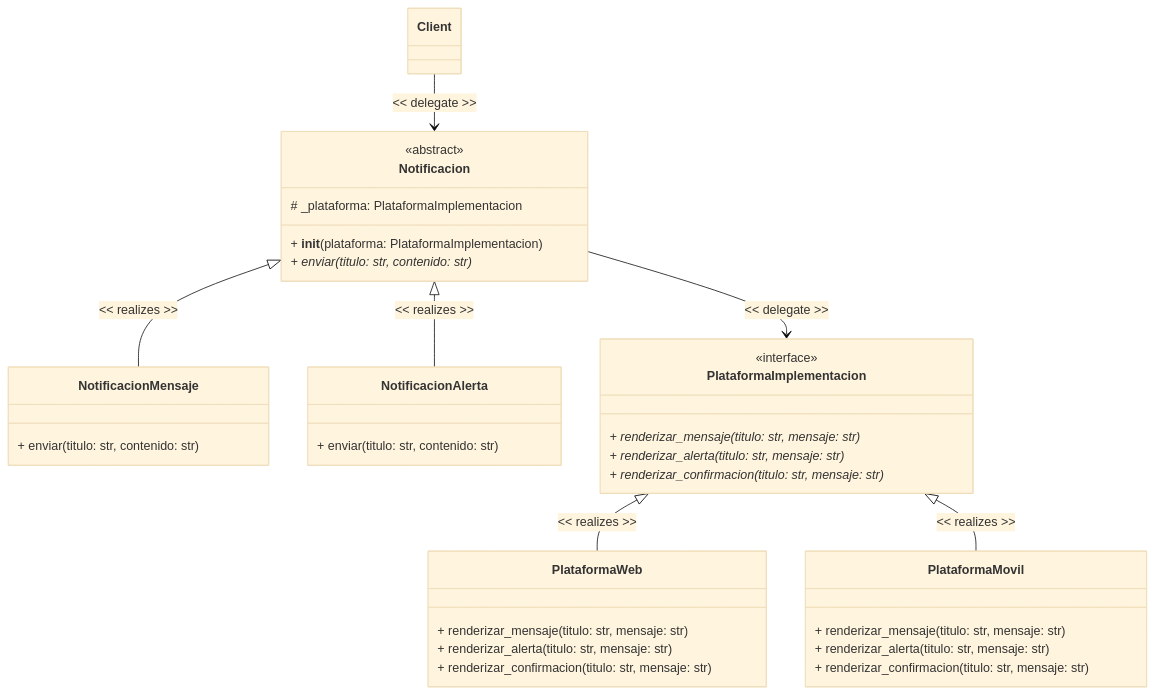
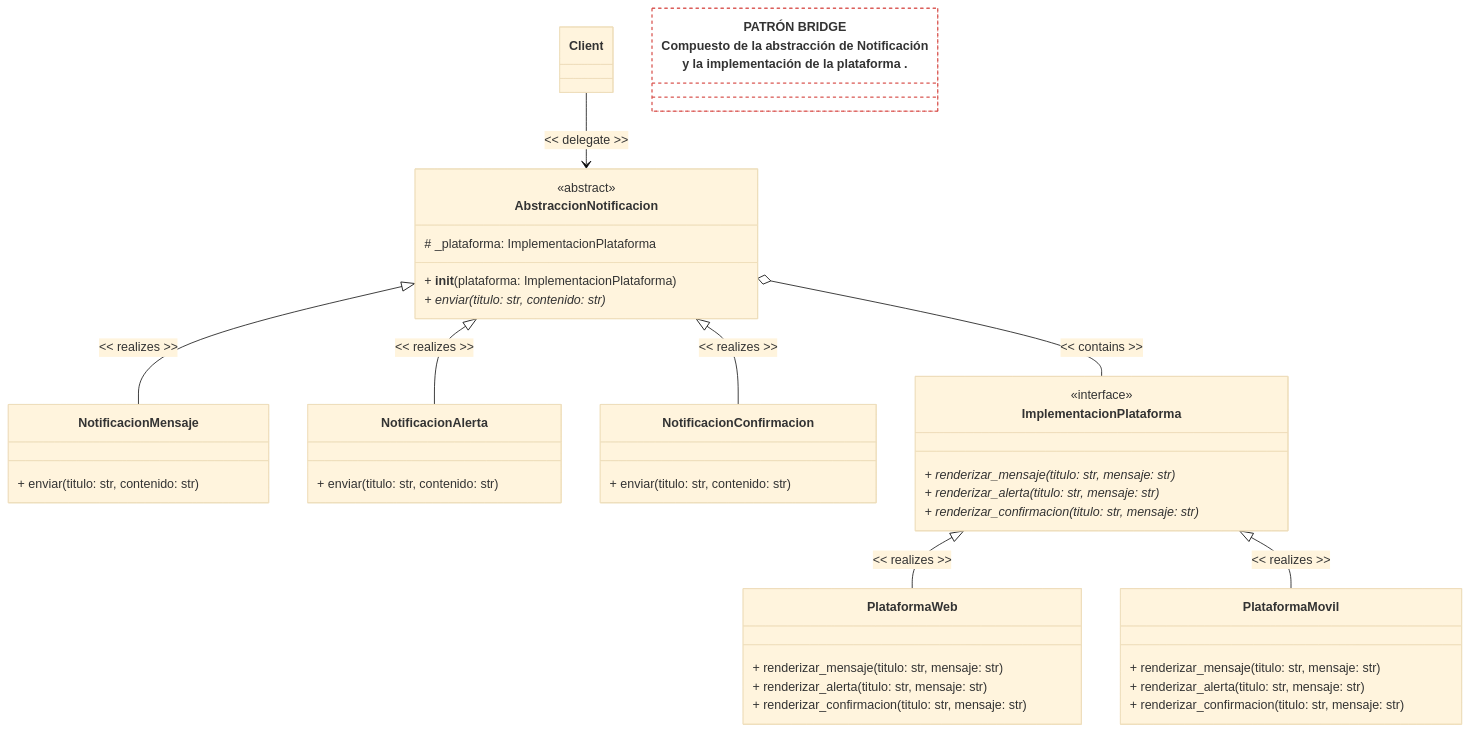
One commit to MAS26-grupo4/EFEFIC-ASW20263-Actividad1 changed the diagram in Escenario2-VisualizacionNotificaciones/README.MD. Above: the diagram before and after it, drawn with Mermaid (base theme). The commit also changed 3 other files, not shown here.

Commit message:
Inclusión nota del patrón Bridge en el diagrama memaid de clases

````diff
--- a/Escenario2-VisualizacionNotificaciones/README.MD
+++ b/Escenario2-VisualizacionNotificaciones/README.MD
@@ -139,55 +139,63 @@
 ```mermaid
 classDiagram
     direction TB
 
     class Client
     
     %% Definición de la Abstracción (Tipos de Notificación)
     
-    class Notificacion {
+    class AbstraccionNotificacion {
         <<abstract>>
-        # _plataforma: PlataformaImplementacion
-        + __init__(plataforma: PlataformaImplementacion)
+        # _plataforma: ImplementacionPlataforma
+        + __init__(plataforma: ImplementacionPlataforma)
         + enviar(titulo: str, contenido: str)*
     }
+
+    Client --> AbstraccionNotificacion : << delegate >>
     
     class NotificacionMensaje {
         + enviar(titulo: str, contenido: str)
     }
 
     class NotificacionAlerta {
         + enviar(titulo: str, contenido: str)
     }
-    
-    Notificacion <|-- NotificacionMensaje : << realizes >>
-    Notificacion <|-- NotificacionAlerta : << realizes >>
+
+    class NotificacionConfirmacion {
+        + enviar(titulo: str, contenido: str)
+    }
+
+    AbstraccionNotificacion <|-- NotificacionMensaje : << realizes >>
+    AbstraccionNotificacion <|-- NotificacionAlerta : << realizes >>
+    AbstraccionNotificacion <|-- NotificacionConfirmacion : << realizes >>
     
     %% Bridge (Composición)
-    Notificacion --> PlataformaImplementacion : << delegate >>
+    AbstraccionNotificacion o-- ImplementacionPlataforma : << contains >>
     
     %% Definición de Implementación (Plataforma)
-    class PlataformaImplementacion {
+    class ImplementacionPlataforma {
         <<interface>>
         + renderizar_mensaje(titulo: str, mensaje: str)*
         + renderizar_alerta(titulo: str, mensaje: str)*
         + renderizar_confirmacion(titulo: str, mensaje: str)*
     }
     
     class PlataformaWeb {
         + renderizar_mensaje(titulo: str, mensaje: str)
         + renderizar_alerta(titulo: str, mensaje: str)
         + renderizar_confirmacion(titulo: str, mensaje: str)
     }
     
     class PlataformaMovil {
         + renderizar_mensaje(titulo: str, mensaje: str)
         + renderizar_alerta(titulo: str, mensaje: str)
         + renderizar_confirmacion(titulo: str, mensaje: str)
     }
     
-    PlataformaImplementacion <|-- PlataformaWeb : << realizes >>
-    PlataformaImplementacion <|-- PlataformaMovil : << realizes >>
+    ImplementacionPlataforma <|-- PlataformaWeb : << realizes >>
+    ImplementacionPlataforma <|-- PlataformaMovil : << realizes >>
     
-    %% Relaciones y Dependencias
-    Client --> Notificacion : << delegate >>
+    %% Nota flotante con estilos personalizados (Bordes rojos, fondo blanco, texto rojo)
+    class NotaExplicativa ["<span style='color:#d9534f;'><b>PATRÓN BRIDGE</b><br/>Compuesto de la abstracción de Notificación<br/> y la implementación de la plataforma .</span>"]
+    style NotaExplicativa fill:#ffffff,stroke:#d9534f,stroke-dasharray: 4 4    
 ```
````
